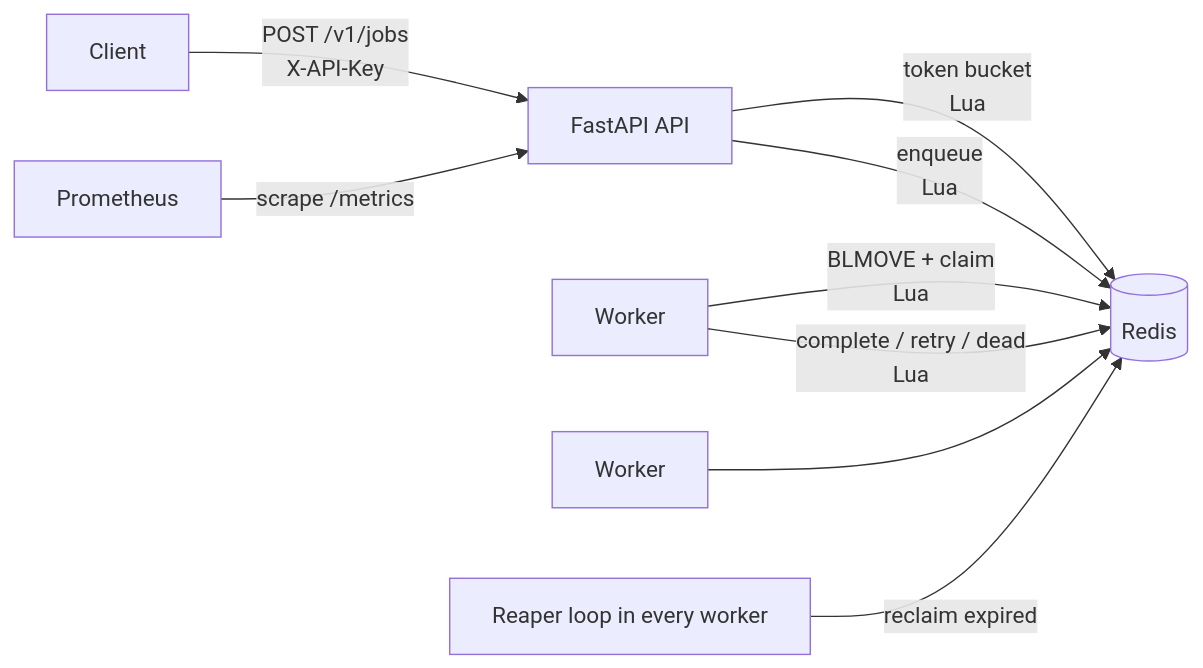
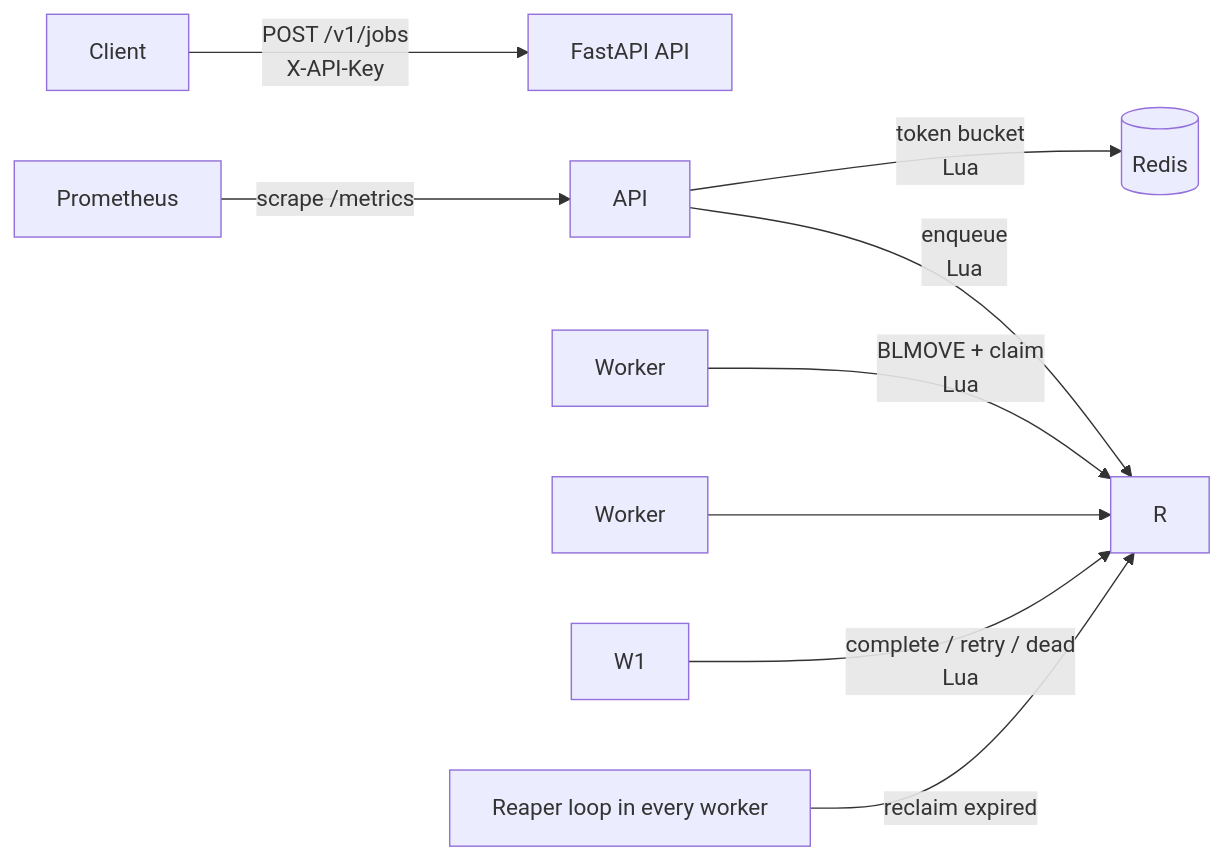
The diagram in README.md (Chrisbrown1306/TaskForge), drawn with Mermaid before and after one commit. The commit also changed other lines of this file and 1 other file, not shown here.

````diff
--- a/README.md
+++ b/README.md
@@ -22,11 +22,11 @@
 ```mermaid
 flowchart LR
-    C[Client] -->|POST /v1/jobs<br/>X-API-Key| API[FastAPI API]
-    API -->|token bucket<br/>Lua| R[(Redis)]
+    C\[Client] -->|POST /v1/jobs<br/>X-API-Key| API\[FastAPI API]
+    API -->|token bucket<br/>Lua| R\[(Redis)]
     API -->|enqueue<br/>Lua| R
-    W1[Worker] -->|BLMOVE + claim<br/>Lua| R
-    W2[Worker] --> R
+    W1\[Worker] -->|BLMOVE + claim<br/>Lua| R
+    W2\[Worker] --> R
     W1 -->|complete / retry / dead<br/>Lua| R
-    REAPER[Reaper loop in every worker] -->|reclaim expired| R
-    PROM[Prometheus] -->|scrape /metrics| API
+    REAPER\[Reaper loop in every worker] -->|reclaim expired| R
+    PROM\[Prometheus] -->|scrape /metrics| API
 ```
````
